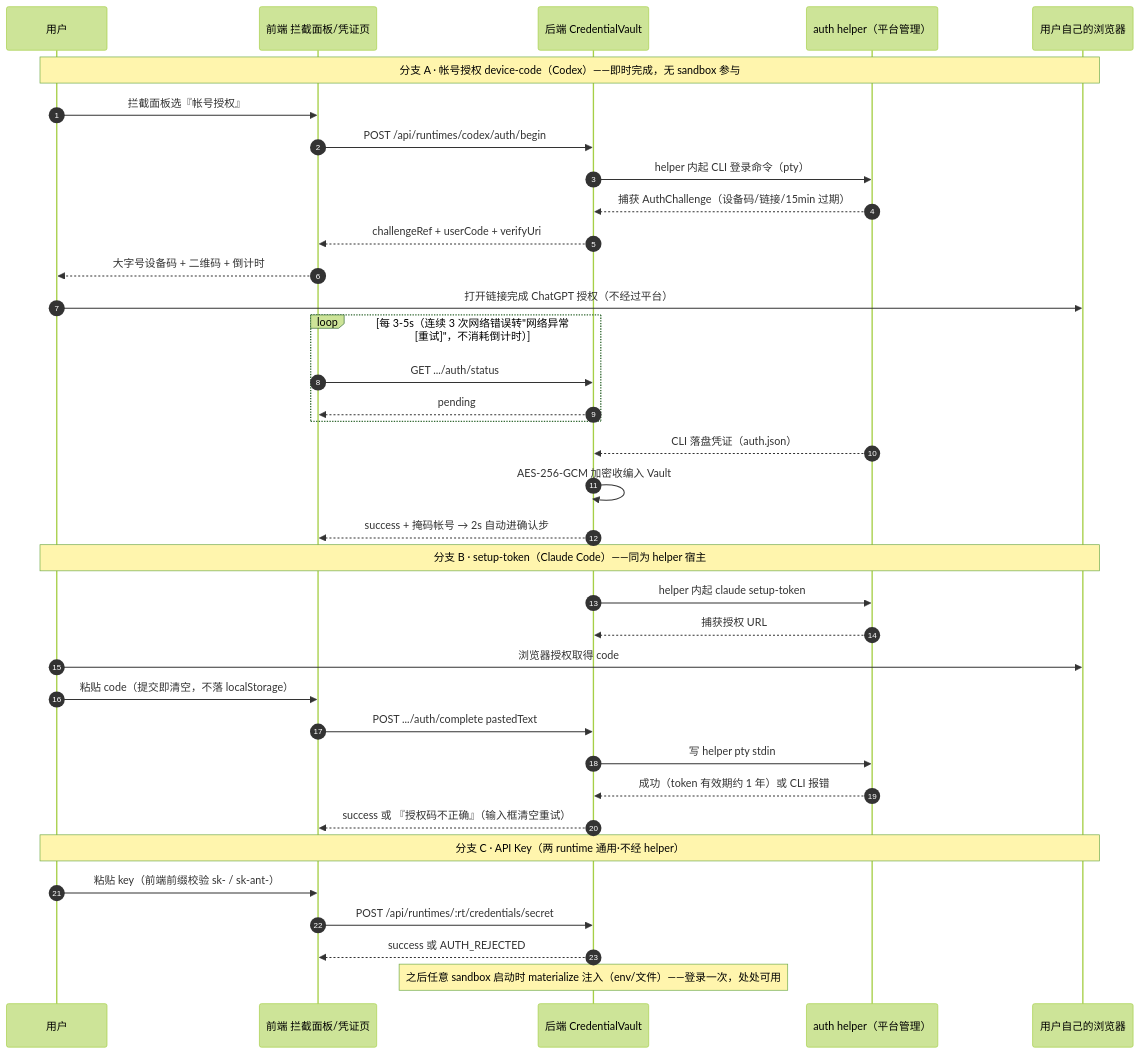
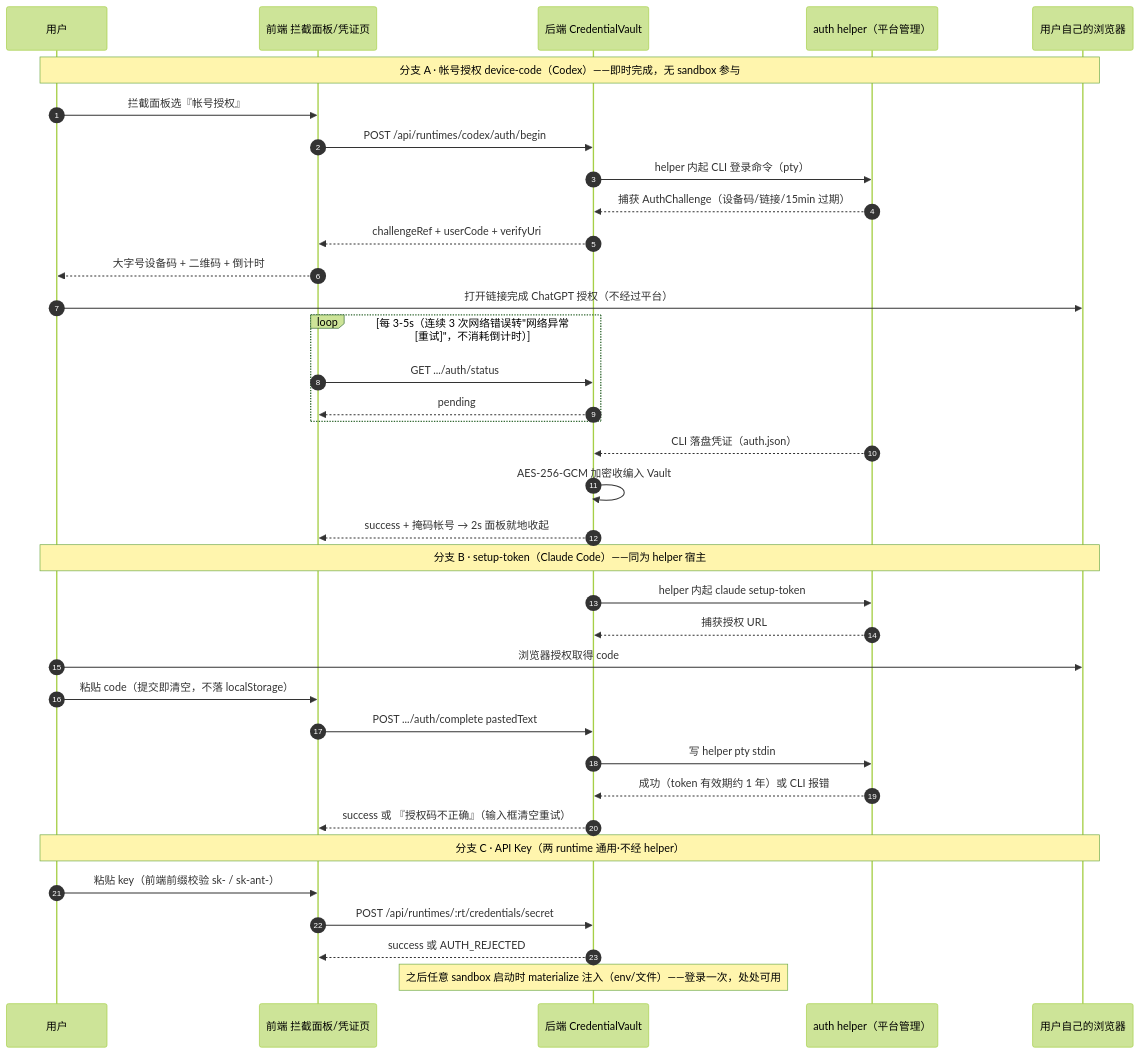
The third of 4 diagrams in docs/product/20-核心使用链路.md (Xeonice/cloud-agent-platform-docs), drawn with Mermaid (forest theme) before and after one commit. The commit also changed other lines of this file and 5 other files, not shown here.

````diff
--- a/docs/product/20-核心使用链路.md
+++ b/docs/product/20-核心使用链路.md
@@ -253,42 +264,42 @@
 ```mermaid
 sequenceDiagram
     autonumber
     participant U as 用户
     participant FE as 前端 拦截面板/凭证页
     participant BE as 后端 CredentialVault
     participant H as auth helper（平台管理）
     participant BR as 用户自己的浏览器
 
     Note over U,BR: 分支 A · 帐号授权 device-code（Codex）——即时完成，无 sandbox 参与
     U->>FE: 拦截面板选『帐号授权』
     FE->>BE: POST /api/runtimes/codex/auth/begin
     BE->>H: helper 内起 CLI 登录命令（pty）
     H-->>BE: 捕获 AuthChallenge（设备码/链接/15min 过期）
     BE-->>FE: challengeRef + userCode + verifyUri
     FE-->>U: 大字号设备码 + 二维码 + 倒计时
     U->>BR: 打开链接完成 ChatGPT 授权（不经过平台）
     loop 每 3-5s（连续 3 次网络错误转"网络异常 [重试]"，不消耗倒计时）
         FE->>BE: GET .../auth/status
         BE-->>FE: pending
     end
     H-->>BE: CLI 落盘凭证（auth.json）
     BE->>BE: AES-256-GCM 加密收编入 Vault
-    BE-->>FE: success + 掩码帐号 → 2s 自动进确认步
+    BE-->>FE: success + 掩码帐号 → 2s 面板就地收起
 
     Note over U,BR: 分支 B · setup-token（Claude Code）——同为 helper 宿主
     BE->>H: helper 内起 claude setup-token
     H-->>BE: 捕获授权 URL
     U->>BR: 浏览器授权取得 code
     U->>FE: 粘贴 code（提交即清空，不落 localStorage）
     FE->>BE: POST .../auth/complete pastedText
     BE->>H: 写 helper pty stdin
     H-->>BE: 成功（token 有效期约 1 年）或 CLI 报错
     BE-->>FE: success 或 『授权码不正确』（输入框清空重试）
 
     Note over U,BR: 分支 C · API Key（两 runtime 通用·不经 helper）
     U->>FE: 粘贴 key（前端前缀校验 sk- / sk-ant-）
     FE->>BE: POST /api/runtimes/:rt/credentials/secret
     BE-->>FE: success 或 AUTH_REJECTED
 
     Note over BE: 之后任意 sandbox 启动时 materialize 注入（env/文件）——登录一次，处处可用
 ```
````
